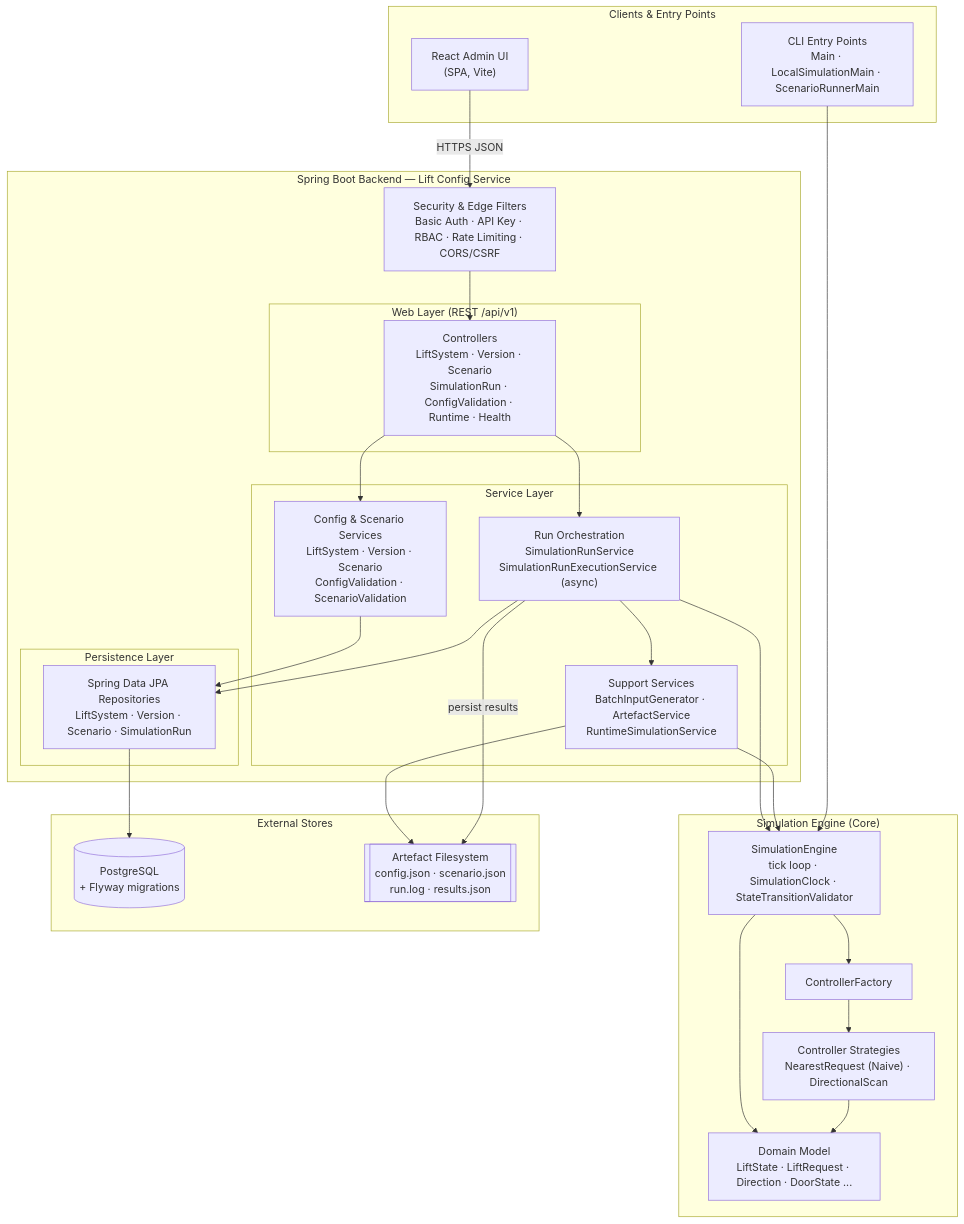
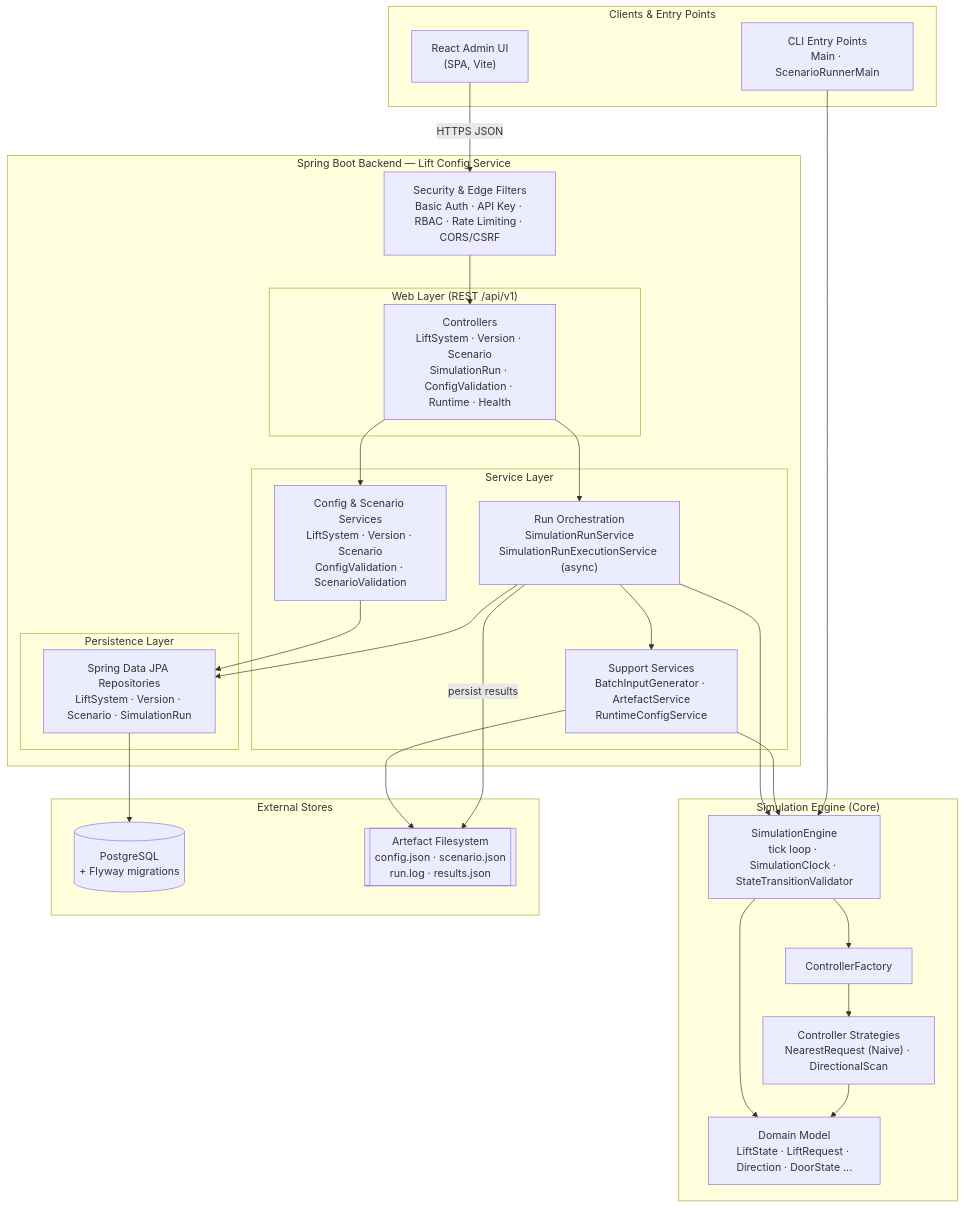
Before and after one commit to manoj-bhaskaran/lift-simulator: the first of 2 diagrams in docs/architecture.md, drawn with Mermaid. The commit also changed other lines of this file and 17 other files, not shown here.

Commit message:
refactor(runtime): remove external process simulation path

````diff
--- a/docs/architecture.md
+++ b/docs/architecture.md
@@ -31,56 +31,56 @@
 ```mermaid
 graph TD
     subgraph clients["Clients & Entry Points"]
         UI["React Admin UI<br/>(SPA, Vite)"]
-        CLI["CLI Entry Points<br/>Main · LocalSimulationMain · ScenarioRunnerMain"]
+        CLI["CLI Entry Points<br/>Main · ScenarioRunnerMain"]
     end
 
     subgraph backend["Spring Boot Backend — Lift Config Service"]
         SEC["Security & Edge Filters<br/>Basic Auth · API Key · RBAC · Rate Limiting · CORS/CSRF"]
 
         subgraph web["Web Layer (REST /api/v1)"]
             CTRL["Controllers<br/>LiftSystem · Version · Scenario<br/>SimulationRun · ConfigValidation · Runtime · Health"]
         end
 
         subgraph svc["Service Layer"]
             CFGSVC["Config & Scenario Services<br/>LiftSystem · Version · Scenario<br/>ConfigValidation · ScenarioValidation"]
             RUNSVC["Run Orchestration<br/>SimulationRunService<br/>SimulationRunExecutionService (async)"]
-            SUPPORT["Support Services<br/>BatchInputGenerator · ArtefactService<br/>RuntimeSimulationService"]
+            SUPPORT["Support Services<br/>BatchInputGenerator · ArtefactService<br/>RuntimeConfigService"]
         end
 
         subgraph data["Persistence Layer"]
             REPO["Spring Data JPA Repositories<br/>LiftSystem · Version · Scenario · SimulationRun"]
         end
     end
 
     subgraph engine["Simulation Engine (Core)"]
         ENG["SimulationEngine<br/>tick loop · SimulationClock · StateTransitionValidator"]
         FACT["ControllerFactory"]
         STRAT["Controller Strategies<br/>NearestRequest (Naive) · DirectionalScan"]
         DOM["Domain Model<br/>LiftState · LiftRequest · Direction · DoorState ..."]
     end
 
     subgraph stores["External Stores"]
         DB[("PostgreSQL<br/>+ Flyway migrations")]
         FS[["Artefact Filesystem<br/>config.json · scenario.json<br/>run.log · results.json"]]
     end
 
     UI -->|"HTTPS JSON"| SEC
     SEC --> CTRL
     CTRL --> CFGSVC
     CTRL --> RUNSVC
     CFGSVC --> REPO
     RUNSVC --> SUPPORT
     RUNSVC --> REPO
     RUNSVC --> ENG
     SUPPORT --> FS
     SUPPORT --> ENG
     REPO --> DB
 
     CLI --> ENG
     ENG --> FACT
     FACT --> STRAT
     ENG --> DOM
     STRAT --> DOM
     RUNSVC -->|"persist results"| FS
 ```
````
